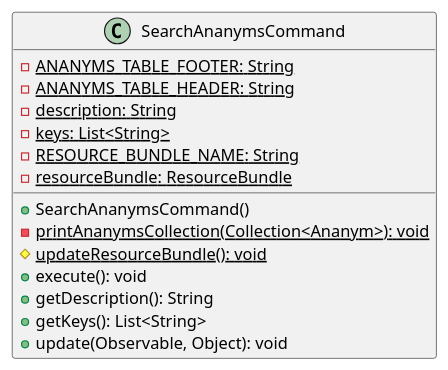
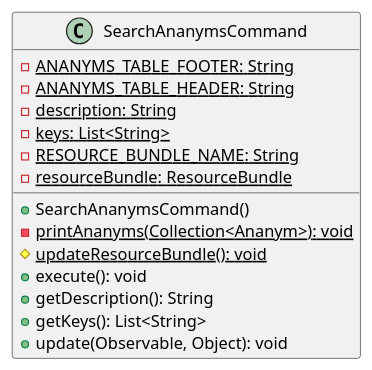
The diagram in malokhvii-eduard/malokhvii04/doc/plantuml/ua/khpi/oop/malokhvii04/shell/commands/text/SearchAnanymsCommand.puml (P-Kalin/kit26a), drawn with PlantUML before and after one commit. The commit also changed 5 other files, not shown here.

Commit message:
#3 malokhvii04: update graphs

```diff
--- a/malokhvii-eduard/malokhvii04/doc/plantuml/ua/khpi/oop/malokhvii04/shell/commands/text/SearchAnanymsCommand.puml
+++ b/malokhvii-eduard/malokhvii04/doc/plantuml/ua/khpi/oop/malokhvii04/shell/commands/text/SearchAnanymsCommand.puml
@@ -1,19 +1,19 @@
 @startuml
 
     class SearchAnanymsCommand {
         {static} -ANANYMS_TABLE_FOOTER: String
         {static} -ANANYMS_TABLE_HEADER: String
         {static} -description: String
         {static} -keys: List<String>
         {static} -RESOURCE_BUNDLE_NAME: String
         {static} -resourceBundle: ResourceBundle
         +SearchAnanymsCommand()
-        {static} -printAnanymsCollection(Collection<Ananym>): void
+        {static} -printAnanyms(Collection<Ananym>): void
         {static} #updateResourceBundle(): void
         +execute(): void
         +getDescription(): String
         +getKeys(): List<String>
         +update(Observable, Object): void
     }
 
 @enduml
```
